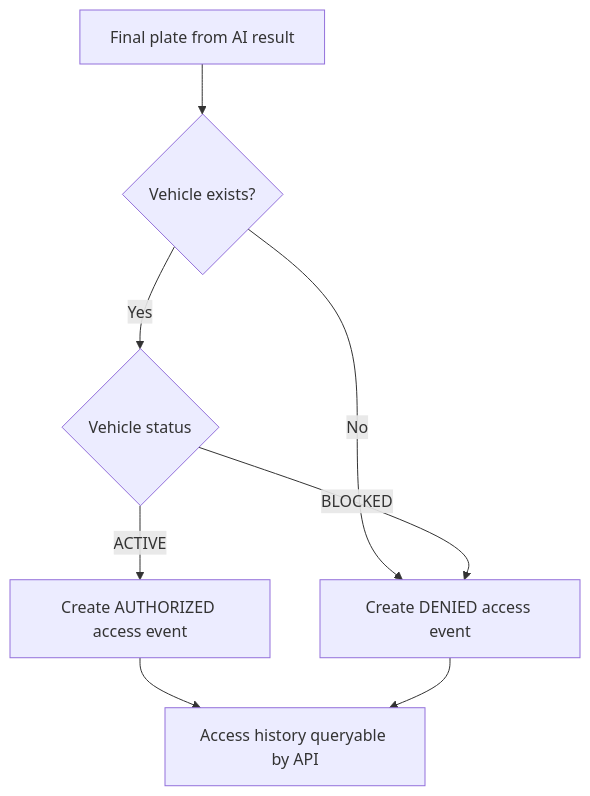
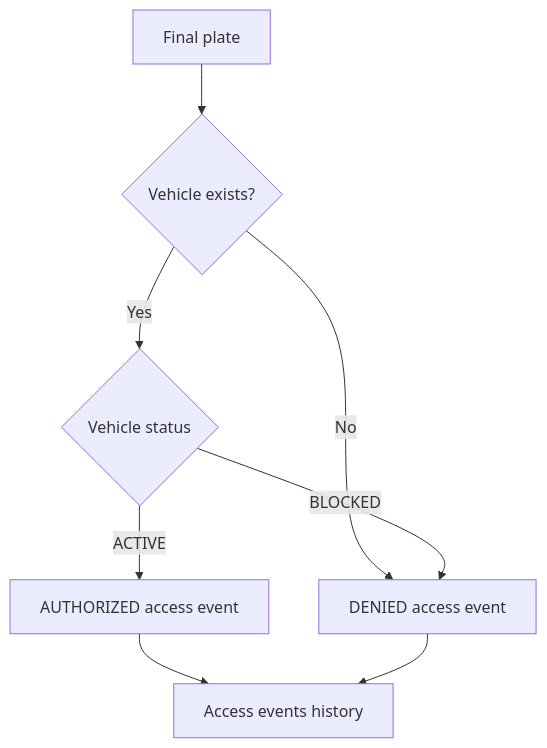
The third of 3 diagrams in README.md (arthurscarpin/access-hub-monorepo), drawn with Mermaid before and after one commit. The commit also changed other lines of this file and 4 other files, not shown here.

````diff
--- a/README.md
+++ b/README.md
@@ -76,10 +73,10 @@
 ```mermaid
 flowchart TD
-    FinalPlate[Final plate from AI result] --> Lookup{Vehicle exists?}
-    Lookup -- No --> Denied[Create DENIED access event]
-    Lookup -- Yes --> Status{Vehicle status}
-    Status -- ACTIVE --> Authorized[Create AUTHORIZED access event]
+    Plate[Final plate] --> Vehicle{Vehicle exists?}
+    Vehicle -- No --> Denied[DENIED access event]
+    Vehicle -- Yes --> Status{Vehicle status}
+    Status -- ACTIVE --> Authorized[AUTHORIZED access event]
     Status -- BLOCKED --> Denied
-    Authorized --> History[Access history queryable by API]
+    Authorized --> History[Access events history]
     Denied --> History
 ```
````
